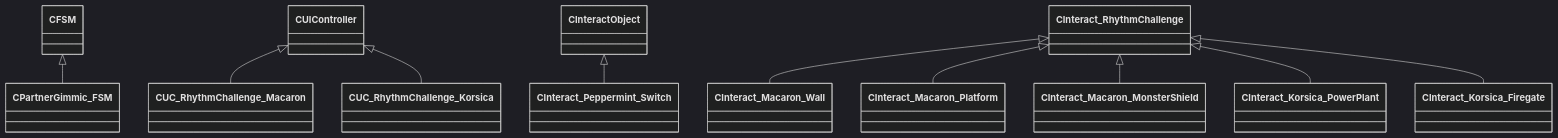
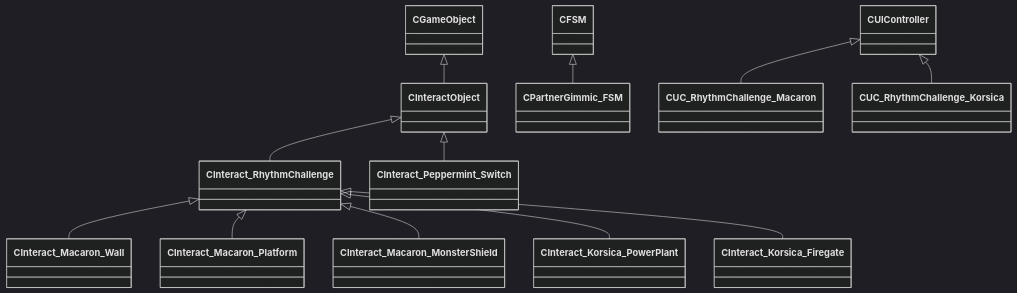
The diagram in Content/Hi-Fi-RUSH/Partner-Gimmicks/README.md (enopid/GameProgramming-Portfolio), drawn with Mermaid (dark theme) before and after one commit. The commit also changed other lines of this file and 59 other files, not shown here.

````diff
--- a/Content/Hi-Fi-RUSH/Partner-Gimmicks/README.md
+++ b/Content/Hi-Fi-RUSH/Partner-Gimmicks/README.md
@@ -7,12 +7,14 @@
 ```mermaid
 classDiagram
+    CGameObject <|-- CInteractObject
+    CInteractObject <|-- CInteract_RhythmChallenge
     CFSM <|-- CPartnerGimmic_FSM
     CUIController <|-- CUC_RhythmChallenge_Macaron
     CUIController <|-- CUC_RhythmChallenge_Korsica
     CInteractObject <|-- CInteract_Peppermint_Switch
     CInteract_RhythmChallenge <|-- CInteract_Macaron_Wall
     CInteract_RhythmChallenge <|-- CInteract_Macaron_Platform
     CInteract_RhythmChallenge <|-- CInteract_Macaron_MonsterShield
     CInteract_RhythmChallenge <|-- CInteract_Korsica_PowerPlant
     CInteract_RhythmChallenge <|-- CInteract_Korsica_Firegate
 ```
````
